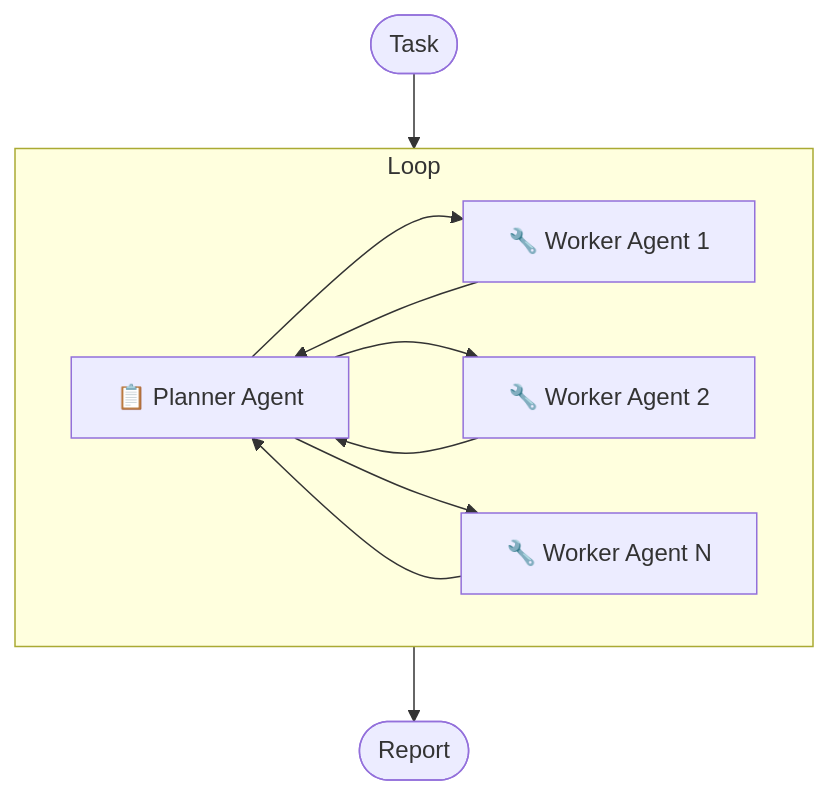
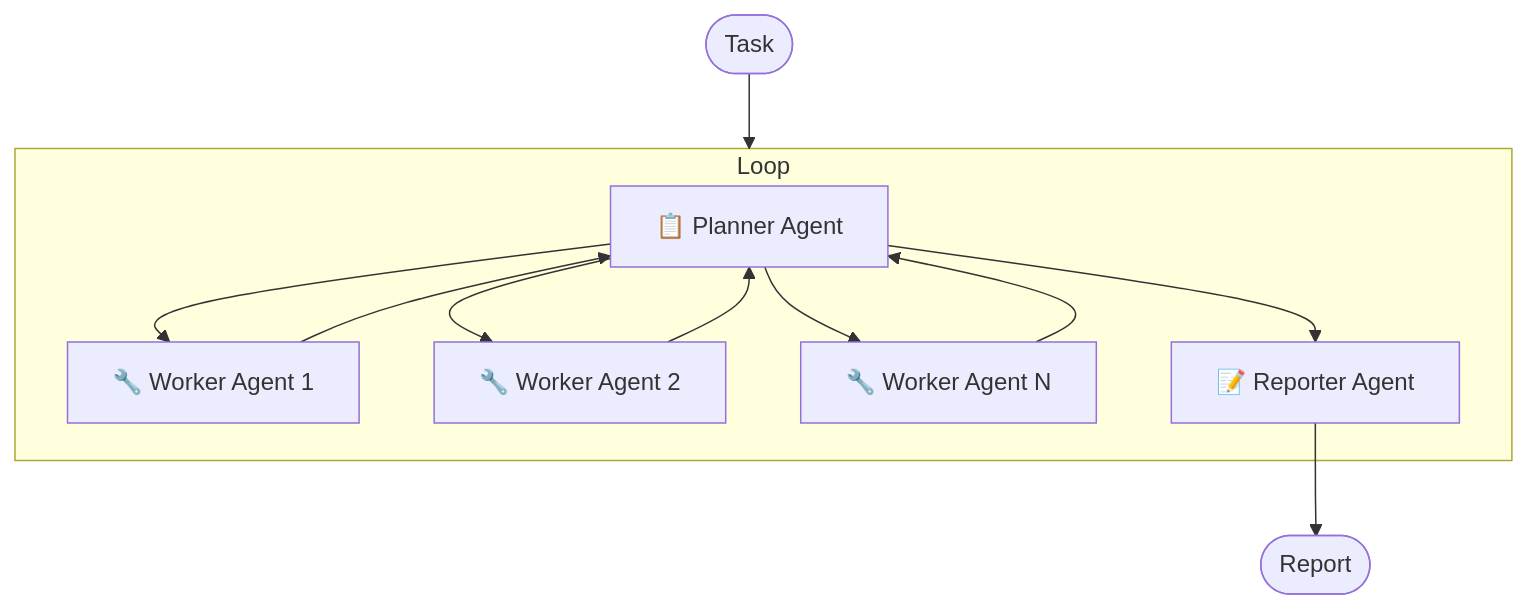
One commit to troyhantech/deep-research changed the diagram in README.cn.md. Above: the diagram before and after it, drawn with Mermaid. The commit also changed other lines of this file and 1 other file, not shown here.

Commit message:
docs(readme): update "How It Works"

````diff
--- a/README.cn.md
+++ b/README.cn.md
@@ -24,21 +24,24 @@
 ```mermaid
 flowchart TD
     Task(["Task"]) --> AgentSystem
 
     subgraph AgentSystem["Loop"]
         Planner["📋 Planner Agent"]
         Worker1["🔧 Worker  Agent 1"]
         Worker2["🔧 Worker  Agent 2"]
         Worker3["🔧 Worker  Agent N"]
 
         Planner --> Worker1
         Planner --> Worker2
         Planner --> Worker3
 
         Worker1 --> Planner
         Worker2 --> Planner
         Worker3 --> Planner
+
+        Reporter["📝 Reporter Agent"]
+        Planner --> Reporter
     end
 
-    AgentSystem --> Report(["Report"])
+    Reporter --> Report(["Report"])
 ```
````
